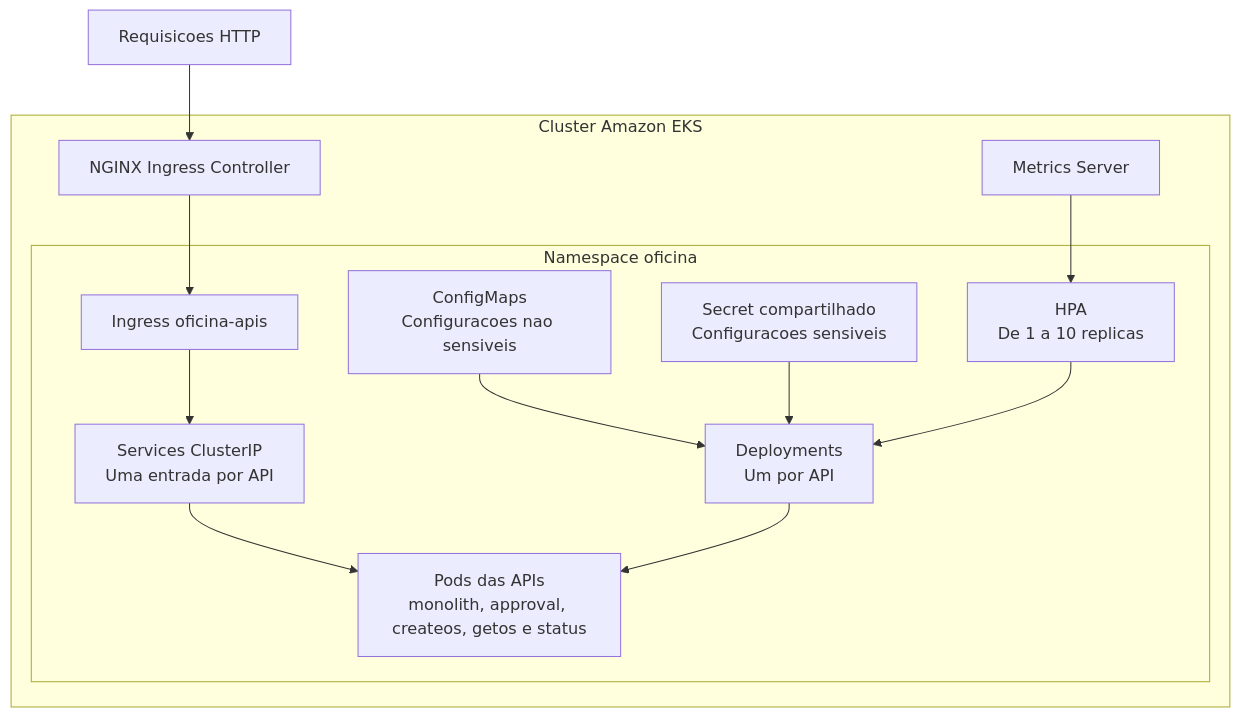
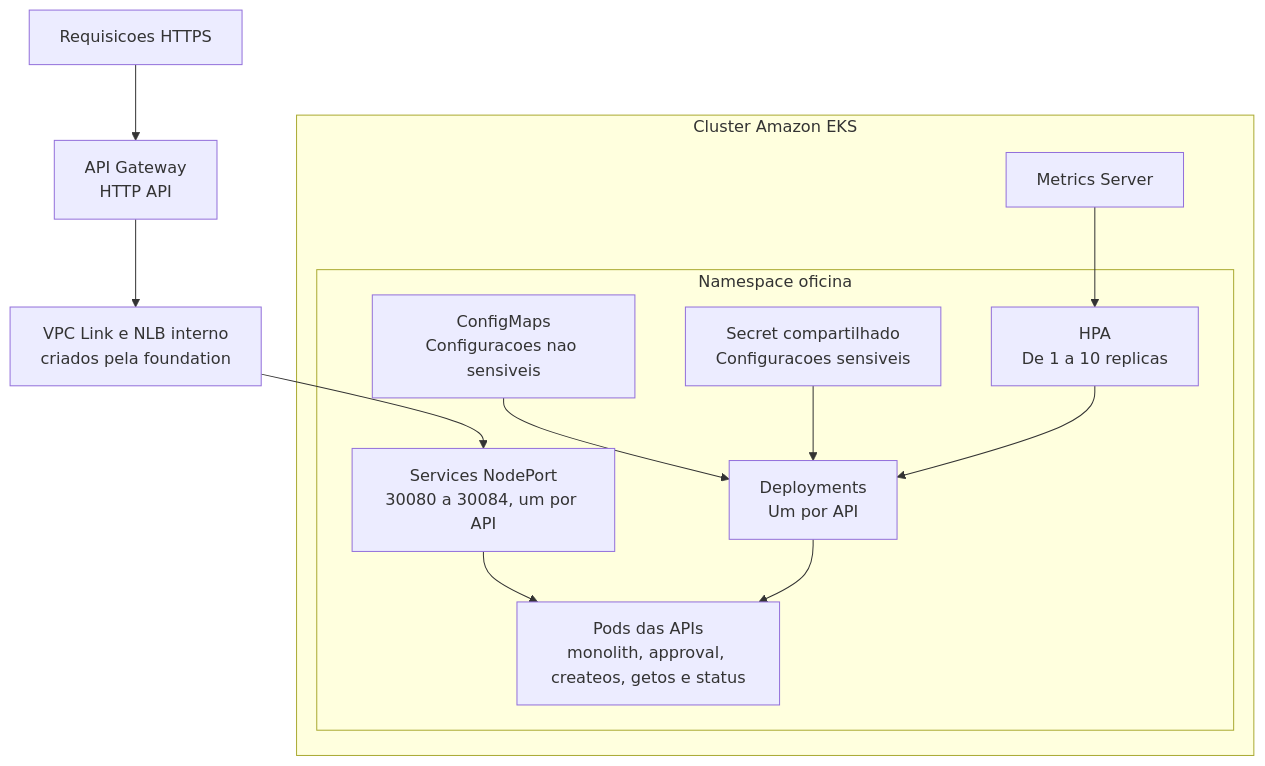
One commit to GuiToniello/tech-challenge-fase-3-K8S-soat16-rm374658 changed the diagram in k8s/README.md. Above: the diagram before and after it, drawn with Mermaid. The commit also changed other lines of this file and 21 other files, not shown here.

Commit message:
feat: trocar ingress pelo aws gateway

````diff
--- a/k8s/README.md
+++ b/k8s/README.md
@@ -35,20 +34,20 @@
 ```mermaid
 flowchart TD
-  Request[Requisicoes HTTP] --> Controller[NGINX Ingress Controller]
+  Request[Requisicoes HTTPS] --> Gateway[API Gateway\nHTTP API]
+  Gateway --> NLB[VPC Link e NLB interno\ncriados pela foundation]
 
   subgraph EKS[Cluster Amazon EKS]
-    Controller --> Ingress[Ingress oficina-apis]
-
     subgraph Oficina[Namespace oficina]
-      Ingress --> Services[Services ClusterIP\nUma entrada por API]
-      Services --> Pods[Pods das APIs\nmonolith, approval, createos, getos e status]
+      Services[Services NodePort\n30080 a 30084, um por API] --> Pods[Pods das APIs\nmonolith, approval, createos, getos e status]
       Deployments[Deployments\nUm por API] --> Pods
 
       ConfigMaps[ConfigMaps\nConfiguracoes nao sensiveis] --> Deployments
       Secret[Secret compartilhado\nConfiguracoes sensiveis] --> Deployments
       HPA[HPA\nDe 1 a 10 replicas] --> Deployments
     end
 
     Metrics[Metrics Server] --> HPA
   end
+
+  NLB --> Services
 ```
````
